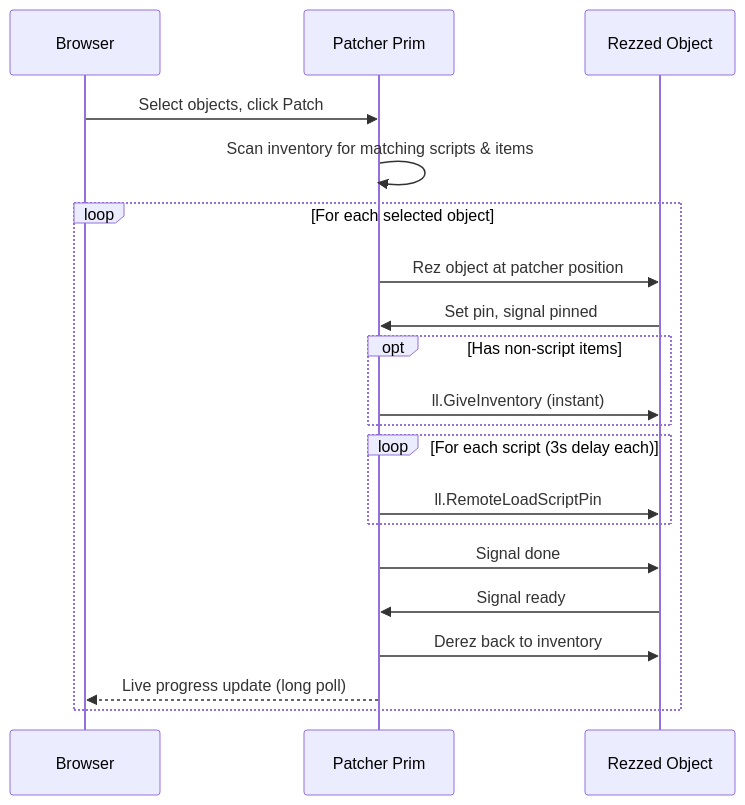
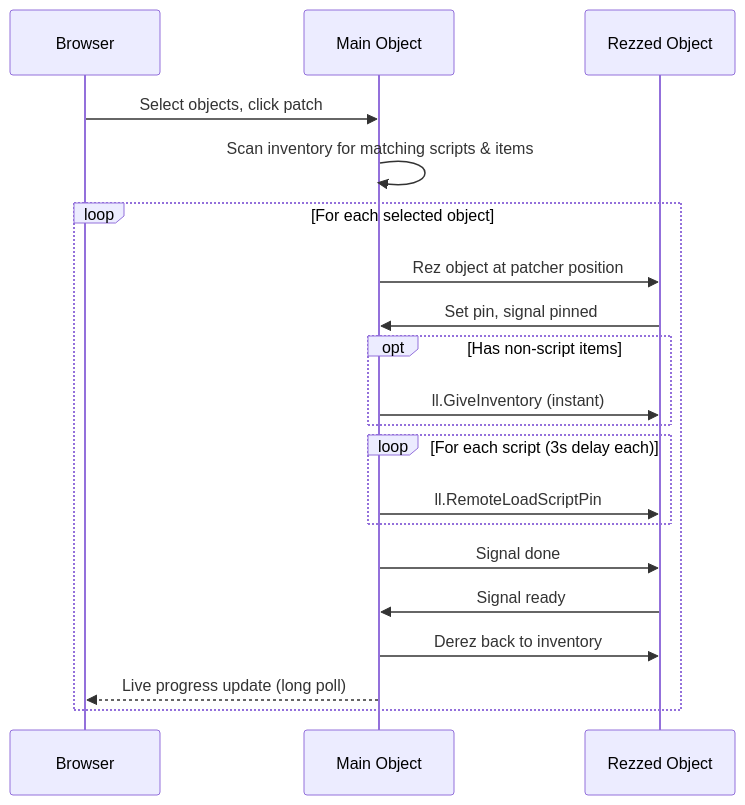
The first of 3 diagrams in README.md (gwigz/slua-derez-patcher), drawn with Mermaid before and after one commit. The commit also changed other lines of this file, not shown here.

````diff
--- a/README.md
+++ b/README.md
@@ -49,27 +58,27 @@
 ```mermaid
 sequenceDiagram
     participant User as Browser
-    participant Patcher as Patcher Prim
+    participant Patcher as Main Object
     participant Object as Rezzed Object
 
-    User->>Patcher: Select objects, click Patch
+    User->>Patcher: Select objects, click patch
     Patcher->>Patcher: Scan inventory for matching scripts & items
 
     loop For each selected object
         Patcher->>Object: Rez object at patcher position
         Object->>Patcher: Set pin, signal pinned
 
         opt Has non-script items
             Patcher->>Object: ll.GiveInventory (instant)
         end
 
         loop For each script (3s delay each)
             Patcher->>Object: ll.RemoteLoadScriptPin
         end
 
         Patcher->>Object: Signal done
         Object->>Patcher: Signal ready
         Patcher->>Object: Derez back to inventory
         Patcher-->>User: Live progress update (long poll)
     end
 ```
````
